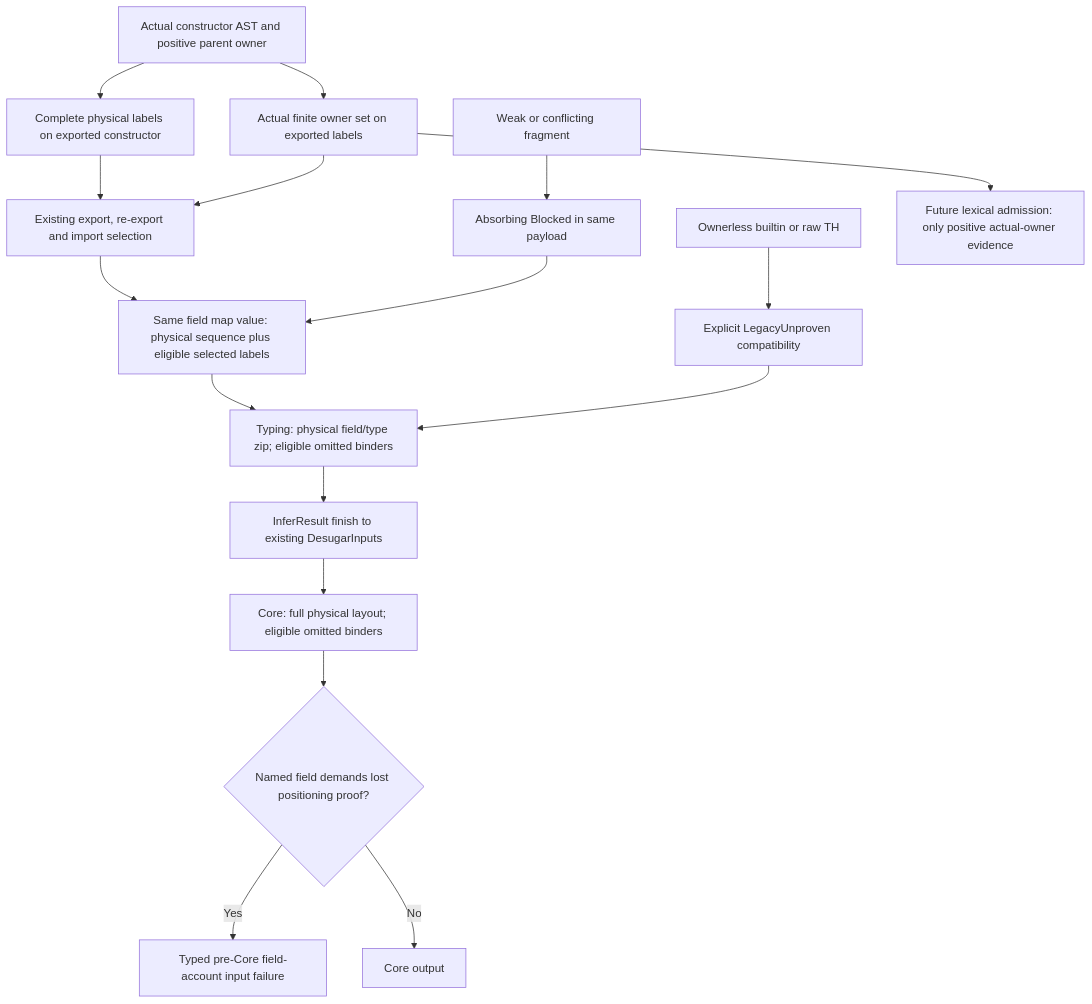
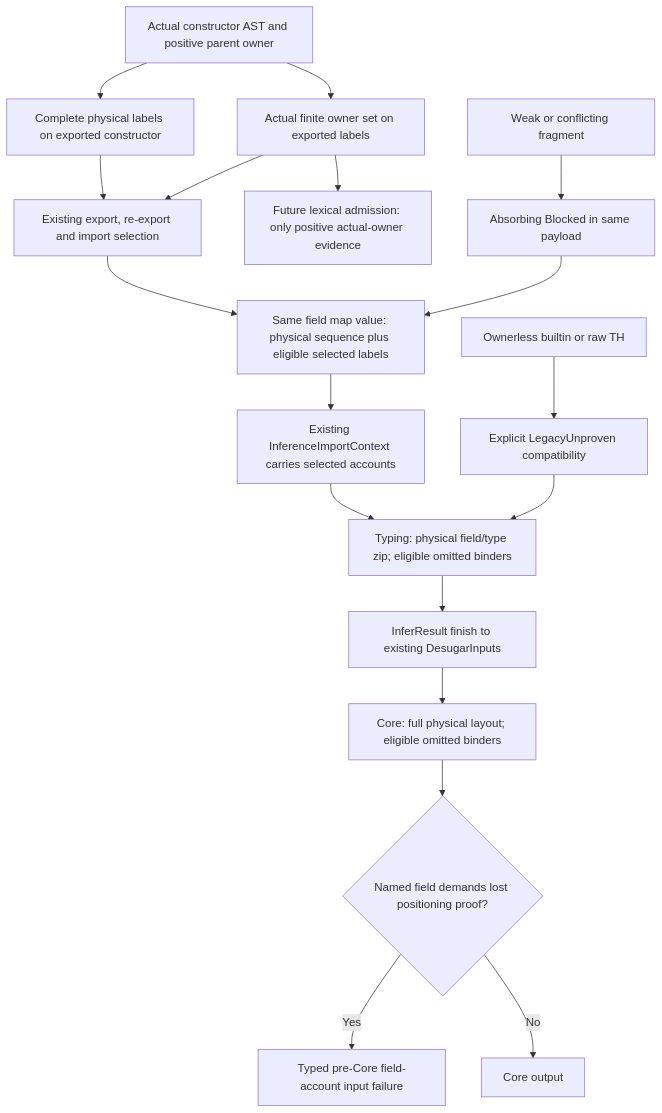
Before and after one commit to loveJesus/haskelujah-chirho: the fifth of 5 diagrams in spec-chirho/workflows-chirho/compiler-pipeline-chirho/value-scope-resolution-chirho.md, drawn with Mermaid. The commit also changed other lines of this file and 4 other files, not shown here.

First line of the commit message:
Use existing inference context for import callers Chirho

````diff
--- a/spec-chirho/workflows-chirho/compiler-pipeline-chirho/value-scope-resolution-chirho.md
+++ b/spec-chirho/workflows-chirho/compiler-pipeline-chirho/value-scope-resolution-chirho.md
@@ -226,19 +226,20 @@
 ```mermaid
 flowchart TD
     declaration_chirho[Actual constructor AST and positive parent owner] --> fields_chirho[Complete physical labels on exported constructor]
     declaration_chirho --> label_owners_chirho[Actual finite owner set on exported labels]
     fields_chirho --> selection_chirho[Existing export, re-export and import selection]
     label_owners_chirho --> selection_chirho
     selection_chirho --> scope_chirho[Same field map value: physical sequence plus eligible selected labels]
-    scope_chirho --> type_chirho[Typing: physical field/type zip; eligible omitted binders]
+    scope_chirho --> import_context_chirho[Existing InferenceImportContext carries selected accounts]
+    import_context_chirho --> type_chirho[Typing: physical field/type zip; eligible omitted binders]
     type_chirho --> finish_chirho[InferResult finish to existing DesugarInputs]
     finish_chirho --> core_chirho[Core: full physical layout; eligible omitted binders]
     core_chirho --> demanded_chirho{Named field demands lost positioning proof?}
     demanded_chirho -->|Yes| refuse_chirho[Typed pre-Core field-account input failure]
     demanded_chirho -->|No| output_chirho[Core output]
     conflict_chirho[Weak or conflicting fragment] --> blocked_chirho[Absorbing Blocked in same payload]
     blocked_chirho --> scope_chirho
     legacy_chirho[Ownerless builtin or raw TH] --> compatibility_chirho[Explicit LegacyUnproven compatibility]
     compatibility_chirho --> type_chirho
     label_owners_chirho --> future_chirho[Future lexical admission: only positive actual-owner evidence]
 ```
````
